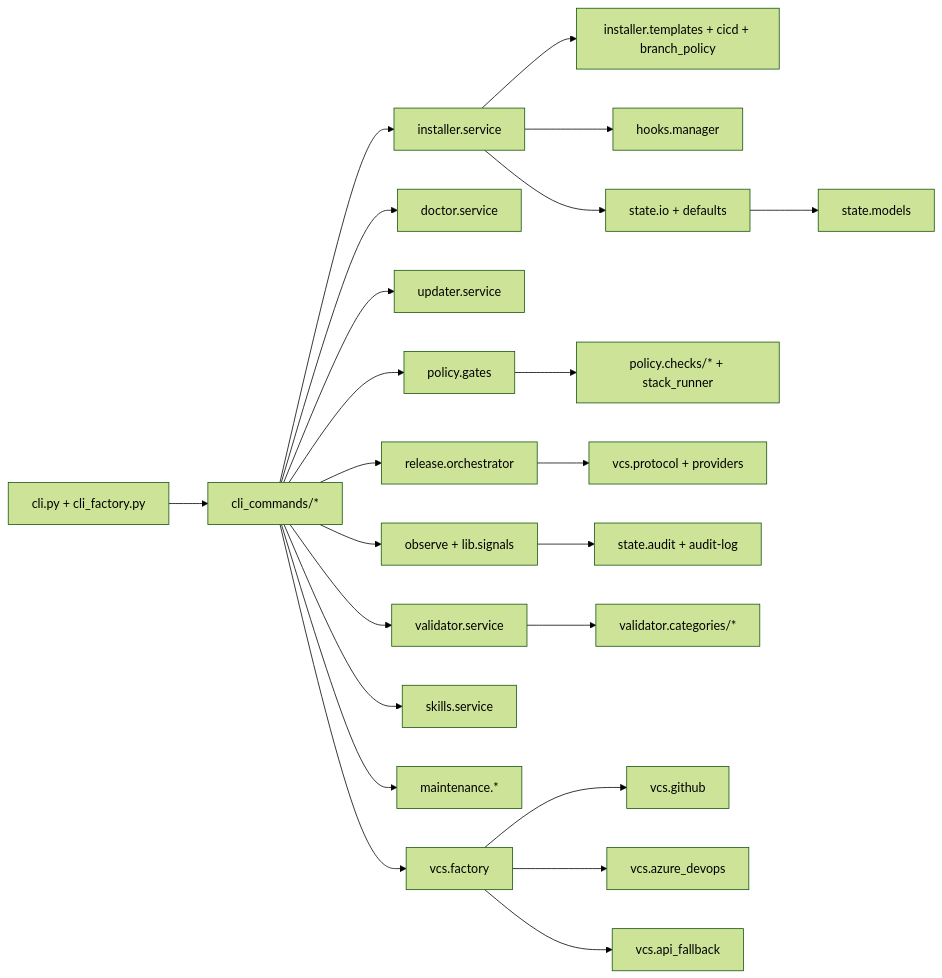
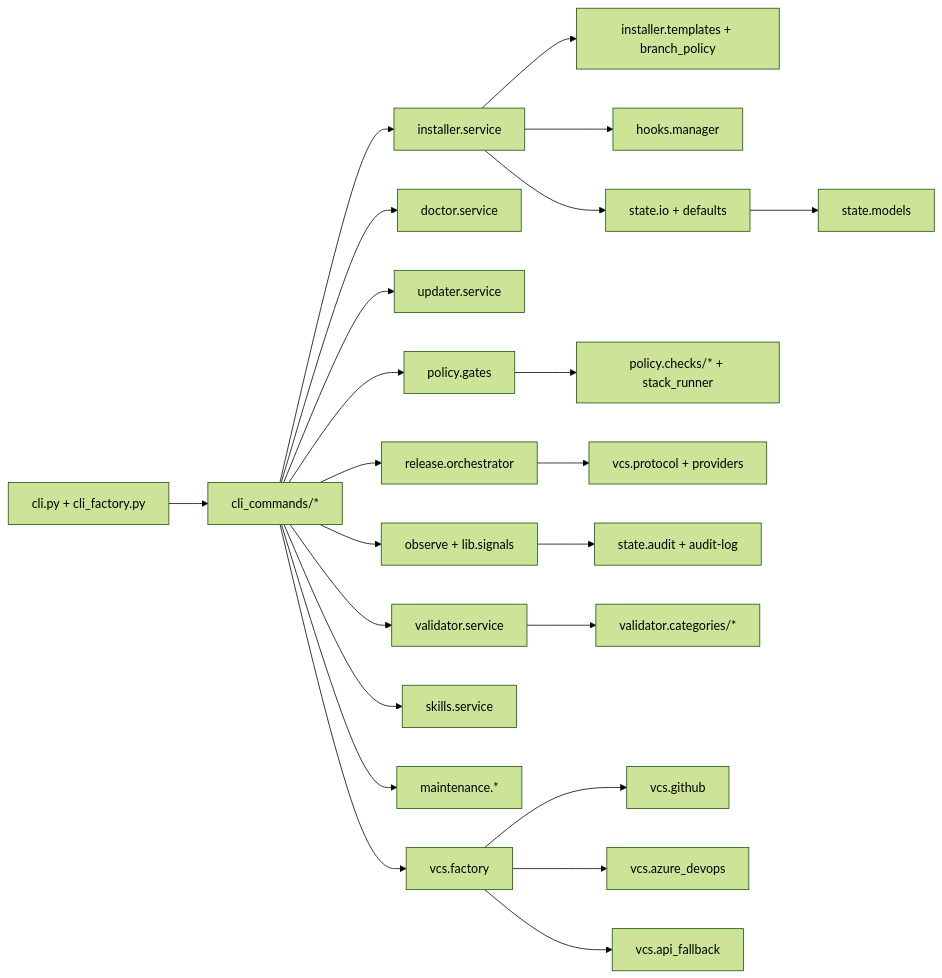
The third of 8 diagrams in src/ai_engineering/templates/.ai-engineering/context/product/product-contract.md (arcasilesgroup/ai-engineering), drawn with Mermaid (forest theme) before and after one commit. The commit also changed other lines of this file and 45 other files, not shown here.

````diff
--- a/src/ai_engineering/templates/.ai-engineering/context/product/product-contract.md
+++ b/src/ai_engineering/templates/.ai-engineering/context/product/product-contract.md
@@ -243,28 +242,28 @@
 ```mermaid
 flowchart LR
     CLI[cli.py + cli_factory.py] --> CMDS[cli_commands/*]
 
     CMDS --> INST[installer.service]
     CMDS --> DOC[doctor.service]
     CMDS --> UPD[updater.service]
     CMDS --> VAL[validator.service]
     CMDS --> REL[release.orchestrator]
     CMDS --> POL[policy.gates]
     CMDS --> OBS[observe + lib.signals]
     CMDS --> SKS[skills.service]
     CMDS --> MAINT[maintenance.*]
     CMDS --> VCSF[vcs.factory]
 
-    INST --> TPL[installer.templates + cicd + branch_policy]
+    INST --> TPL[installer.templates + branch_policy]
     INST --> HOOKM[hooks.manager]
     INST --> STIO[state.io + defaults]
     POL --> CHK[policy.checks/* + stack_runner]
     REL --> VPROTO[vcs.protocol + providers]
     OBS --> AUD[state.audit + audit-log]
     VAL --> CAT[validator.categories/*]
 
     STIO --> MODELS[state.models]
     VCSF --> GH[vcs.github]
     VCSF --> AZ[vcs.azure_devops]
     VCSF --> APIF[vcs.api_fallback]
 ```
````
